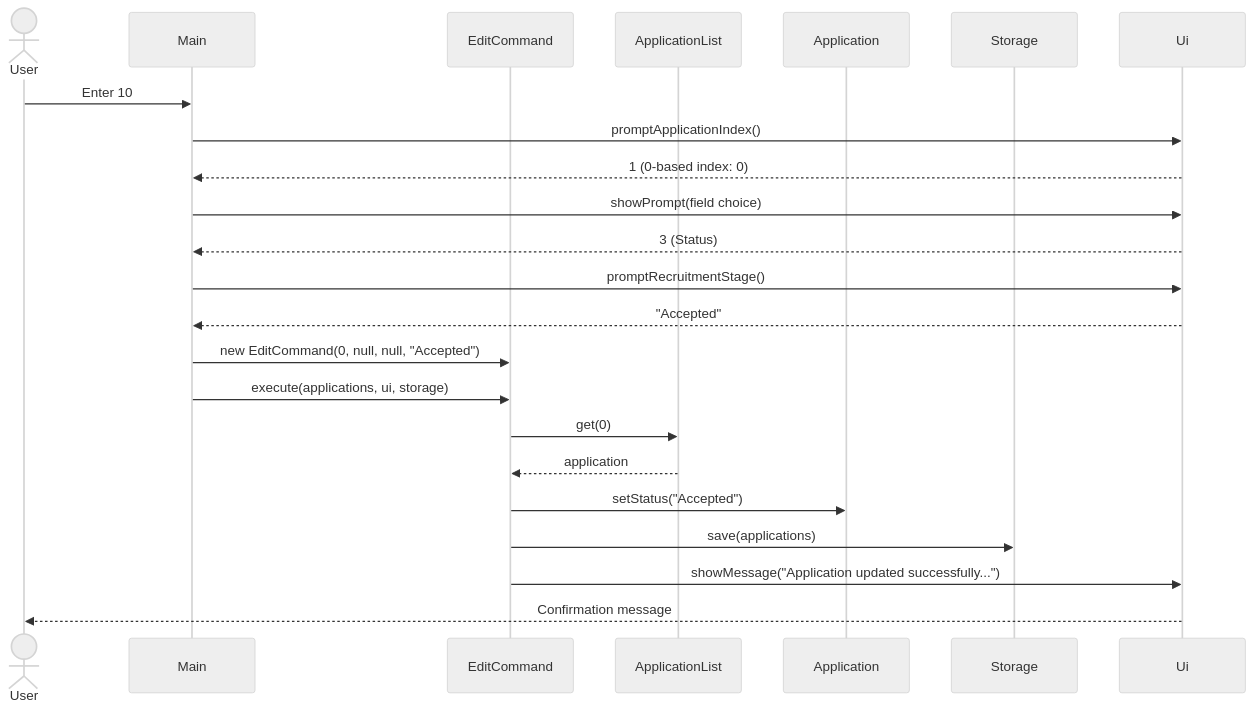
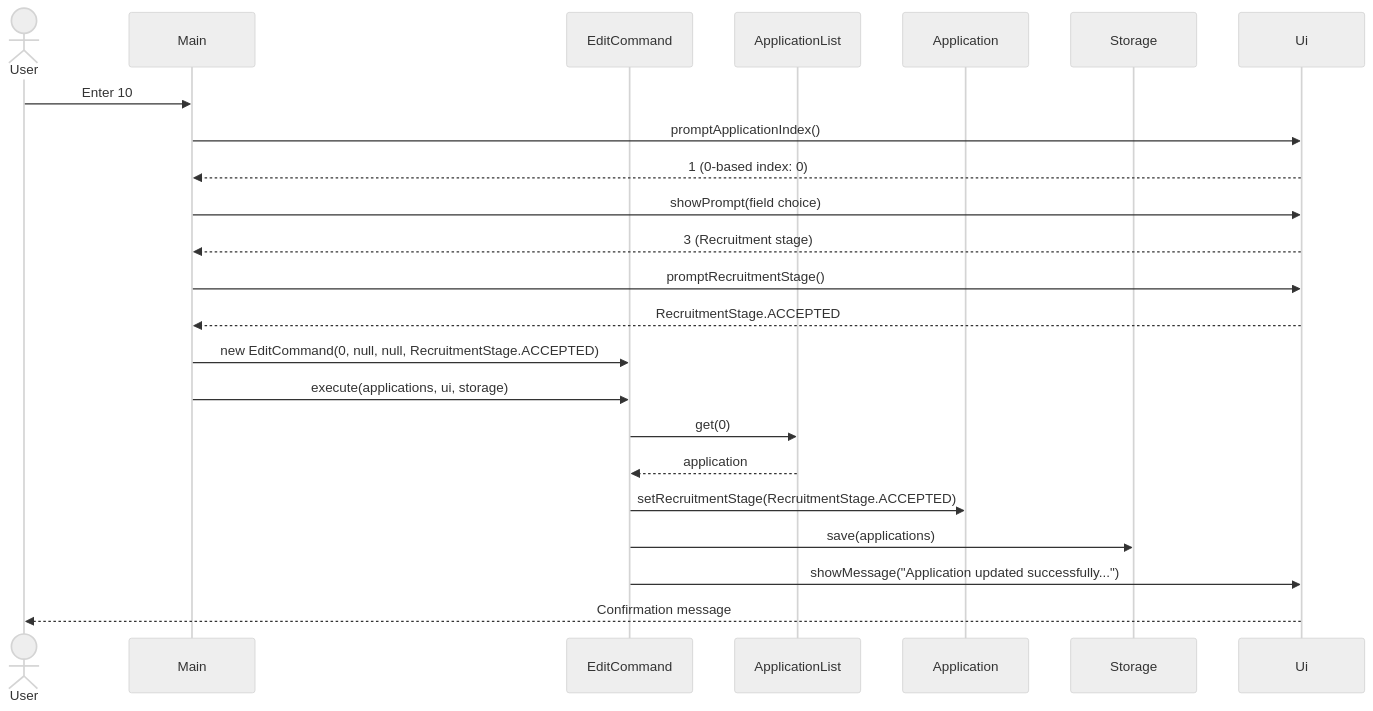
Before and after one commit to AY2627S1-CS2113-T10-2/tp: the sixth of 12 diagrams in docs/DeveloperGuide.md, drawn with Mermaid (neutral theme). The commit also changed other lines of this file and 23 other files, not shown here.

Commit message:
Changed Naming from Status to RecruitmentStage

````diff
--- a/docs/DeveloperGuide.md
+++ b/docs/DeveloperGuide.md
@@ -333,25 +332,25 @@
 ```mermaid
 sequenceDiagram
     actor User
     participant Main
     participant EditCommand
     participant ApplicationList
     participant Application
     participant Storage
     participant Ui
     User->>Main: Enter 10
     Main->>Ui: promptApplicationIndex()
     Ui-->>Main: 1 (0-based index: 0)
     Main->>Ui: showPrompt(field choice)
-    Ui-->>Main: 3 (Status)
+    Ui-->>Main: 3 (Recruitment stage)
     Main->>Ui: promptRecruitmentStage()
-    Ui-->>Main: "Accepted"
-    Main->>EditCommand: new EditCommand(0, null, null, "Accepted")
+    Ui-->>Main: RecruitmentStage.ACCEPTED
+    Main->>EditCommand: new EditCommand(0, null, null, RecruitmentStage.ACCEPTED)
     Main->>EditCommand: execute(applications, ui, storage)
     EditCommand->>ApplicationList: get(0)
     ApplicationList-->>EditCommand: application
-    EditCommand->>Application: setStatus("Accepted")
+    EditCommand->>Application: setRecruitmentStage(RecruitmentStage.ACCEPTED)
     EditCommand->>Storage: save(applications)
     EditCommand->>Ui: showMessage("Application updated successfully...")
     Ui-->>User: Confirmation message
 ```
````
